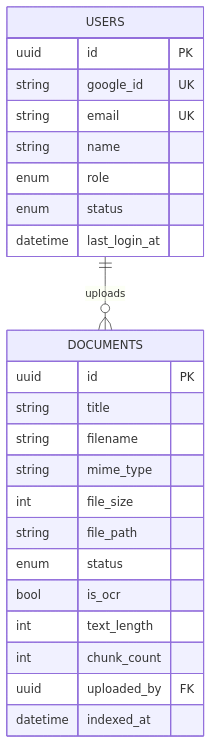
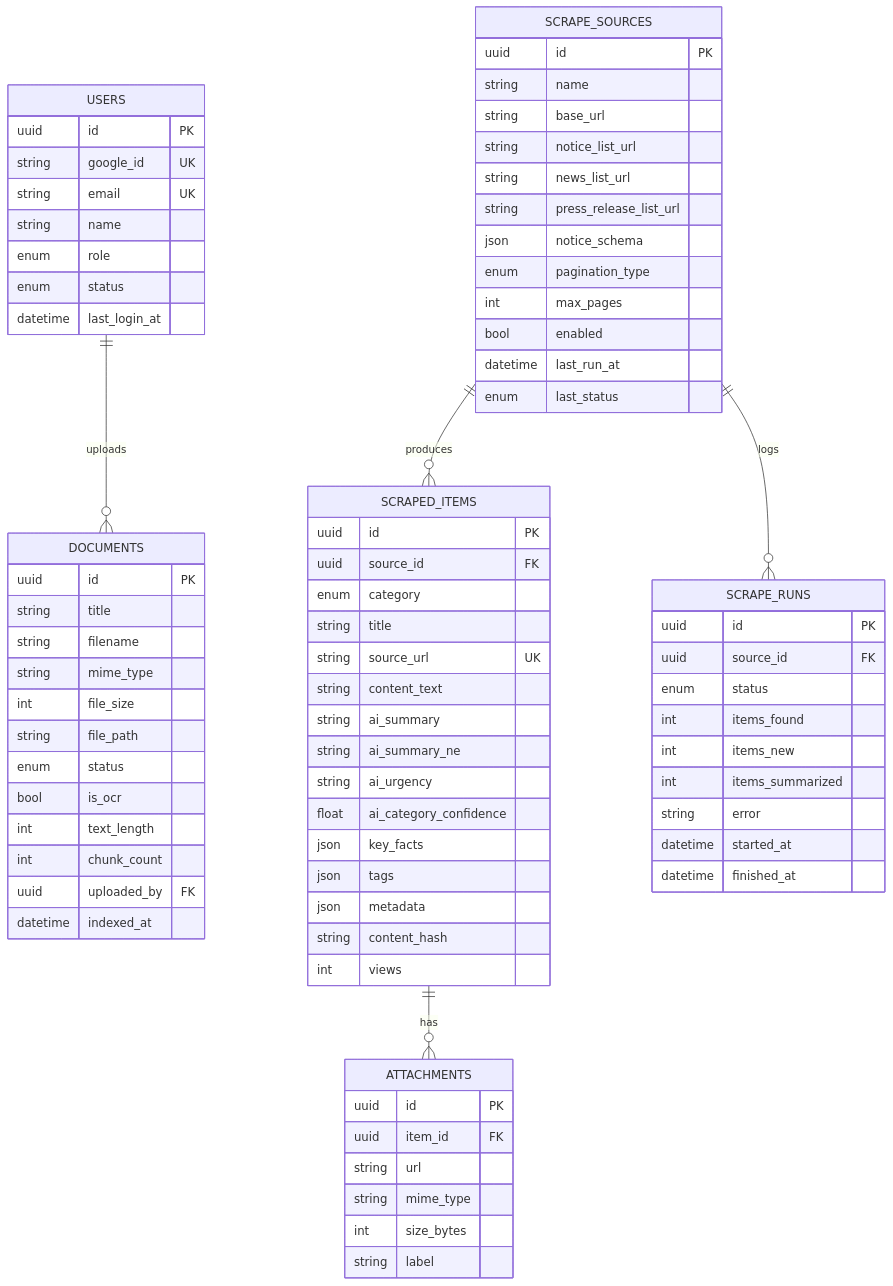
One commit to ashokabbhattaraii/public-notice-management-system-for-nepal changed diagram 12 of 15 in docs/THESIS_TOC.md. Above: the diagram before and after it, drawn with Mermaid. The commit also changed other lines of this file and 89 other files, not shown here.

````diff
--- a/docs/THESIS_TOC.md
+++ b/docs/THESIS_TOC.md
@@ -696,27 +797,80 @@
 ```mermaid
 erDiagram
     USERS ||--o{ DOCUMENTS : uploads
+    SCRAPE_SOURCES ||--o{ SCRAPED_ITEMS : produces
+    SCRAPE_SOURCES ||--o{ SCRAPE_RUNS : logs
+    SCRAPED_ITEMS ||--o{ ATTACHMENTS : has
     USERS {
       uuid id PK
       string google_id UK
       string email UK
       string name
       enum role
       enum status
       datetime last_login_at
     }
     DOCUMENTS {
       uuid id PK
       string title
       string filename
       string mime_type
       int file_size
       string file_path
       enum status
       bool is_ocr
       int text_length
       int chunk_count
       uuid uploaded_by FK
       datetime indexed_at
     }
+    SCRAPE_SOURCES {
+      uuid id PK
+      string name
+      string base_url
+      string notice_list_url
+      string news_list_url
+      string press_release_list_url
+      json notice_schema
+      enum pagination_type
+      int max_pages
+      bool enabled
+      datetime last_run_at
+      enum last_status
+    }
+    SCRAPED_ITEMS {
+      uuid id PK
+      uuid source_id FK
+      enum category
+      string title
+      string source_url UK
+      string content_text
+      string ai_summary
+      string ai_summary_ne
+      string ai_urgency
+      float ai_category_confidence
+      json key_facts
+      json tags
+      json metadata
+      string content_hash
+      int views
+    }
+    SCRAPE_RUNS {
+      uuid id PK
+      uuid source_id FK
+      enum status
+      int items_found
+      int items_new
+      int items_summarized
+      string error
+      datetime started_at
+      datetime finished_at
+    }
+    ATTACHMENTS {
+      uuid id PK
+      uuid item_id FK
+      string url
+      string mime_type
+      int size_bytes
+      string label
+    }
 ```
````
